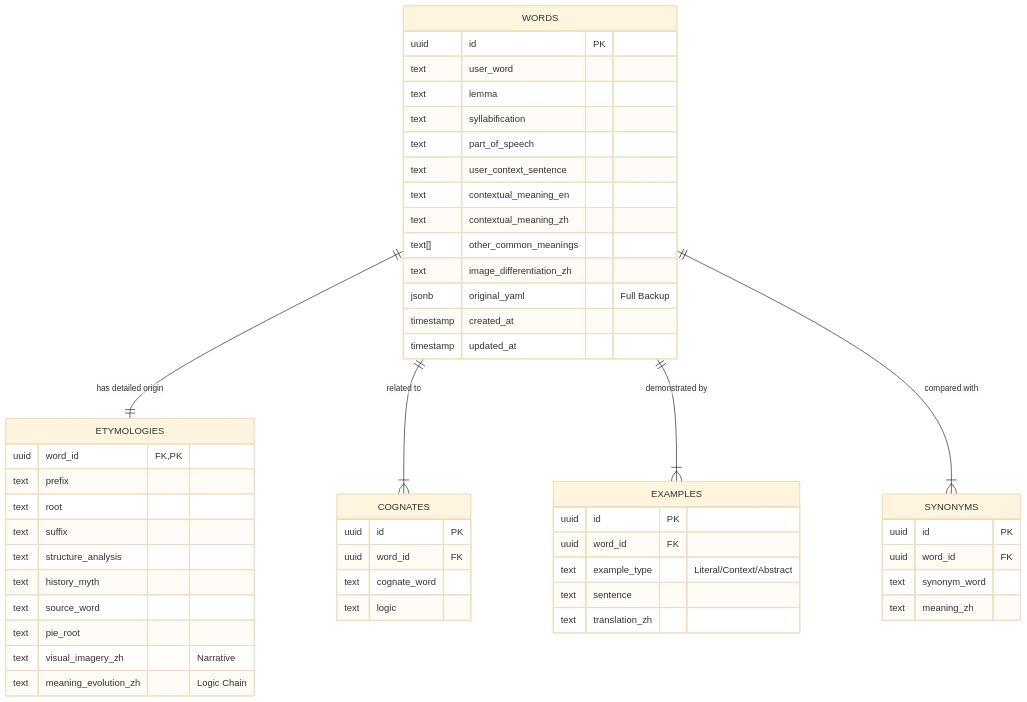
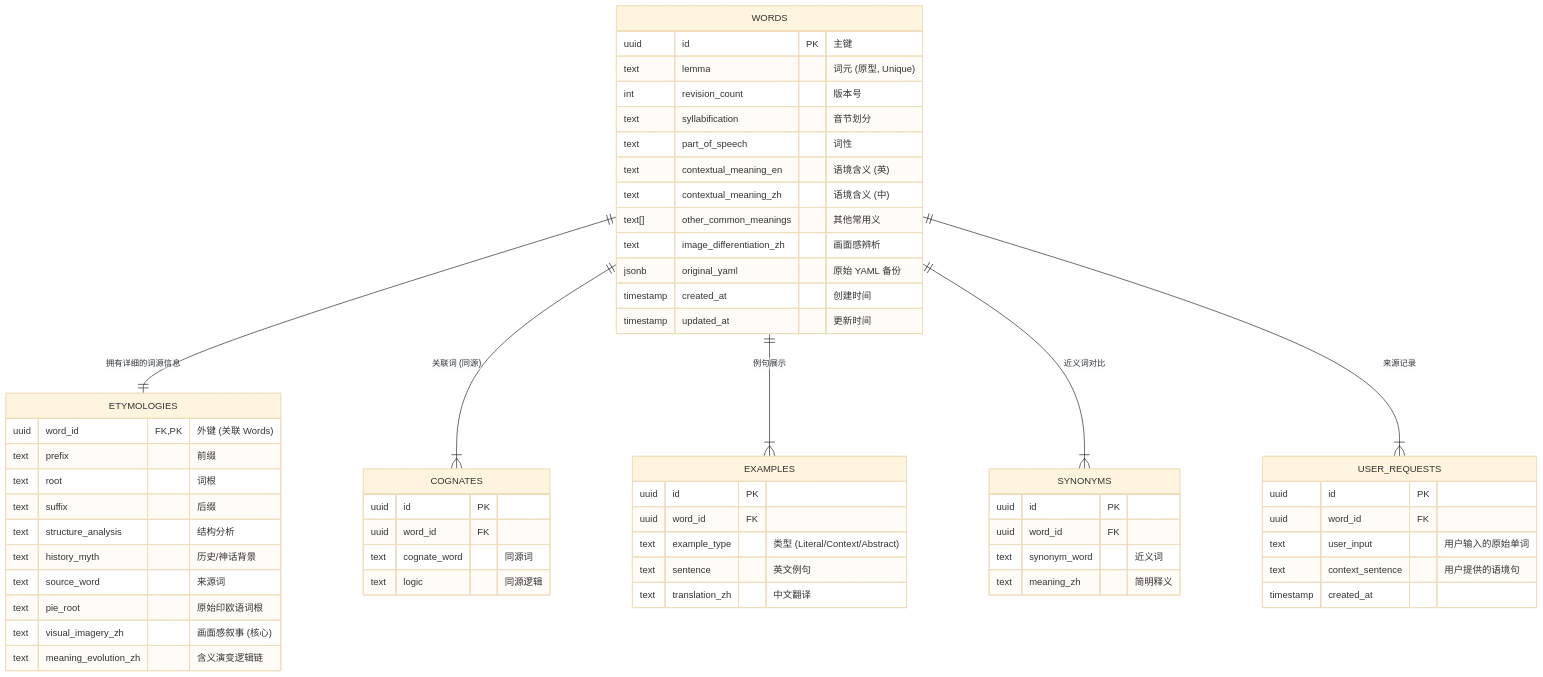
The diagram in tool/yaml2pg/README.md (yelanyanyu/ad-fontes-prompts), drawn with Mermaid (base theme) before and after one commit. The commit also changed other lines of this file and 1 other file, not shown here.

Commit message:
文档更新。

````diff
--- a/tool/yaml2pg/README.md
+++ b/tool/yaml2pg/README.md
@@ -7,58 +31,66 @@
 ```mermaid
 erDiagram
-    WORDS ||--|| ETYMOLOGIES : "has detailed origin"
-    WORDS ||--|{ COGNATES : "related to"
-    WORDS ||--|{ EXAMPLES : "demonstrated by"
-    WORDS ||--|{ SYNONYMS : "compared with"
+    WORDS ||--|| ETYMOLOGIES : "拥有详细的词源信息"
+    WORDS ||--|{ COGNATES : "关联词 (同源)"
+    WORDS ||--|{ EXAMPLES : "例句展示"
+    WORDS ||--|{ SYNONYMS : "近义词对比"
+    WORDS ||--|{ USER_REQUESTS : "来源记录"
 
     WORDS {
+        uuid id PK "主键"
+        text lemma "词元 (原型, Unique)"
+        int revision_count "版本号"
+        text syllabification "音节划分"
+        text part_of_speech "词性"
+        text contextual_meaning_en "语境含义 (英)"
+        text contextual_meaning_zh "语境含义 (中)"
+        text[] other_common_meanings "其他常用义"
+        text image_differentiation_zh "画面感辨析"
+        jsonb original_yaml "原始 YAML 备份"
+        timestamp created_at "创建时间"
+        timestamp updated_at "更新时间"
+    }
+
+    USER_REQUESTS {
         uuid id PK
-        text user_word
-        text lemma
-        text syllabification
-        text part_of_speech
-        text user_context_sentence
-        text contextual_meaning_en
-        text contextual_meaning_zh
-        text[] other_common_meanings
-        text image_differentiation_zh
-        jsonb original_yaml "Full Backup"
+        uuid word_id FK
+        text user_input "用户输入的原始单词"
+        text context_sentence "用户提供的语境句"
         timestamp created_at
-        timestamp updated_at
     }
 
     ETYMOLOGIES {
-        uuid word_id FK, PK
-        text prefix
-        text root
-        text suffix
-        text structure_analysis
-        text history_myth
-        text source_word
-        text pie_root
-        text visual_imagery_zh "Narrative"
-        text meaning_evolution_zh "Logic Chain"
+        uuid word_id FK, PK "外键 (关联 Words)"
+        text prefix "前缀"
+        text root "词根"
+        text suffix "后缀"
+        text structure_analysis "结构分析"
+        text history_myth "历史/神话背景"
+        text source_word "来源词"
+        text pie_root "原始印欧语词根"
+        text visual_imagery_zh "画面感叙事 (核心)"
+        text meaning_evolution_zh "含义演变逻辑链"
     }
 
     COGNATES {
         uuid id PK
         uuid word_id FK
-        text cognate_word
-        text logic
+        text cognate_word "同源词"
+        text logic "同源逻辑"
     }
 
     EXAMPLES {
         uuid id PK
         uuid word_id FK
-        text example_type "Literal/Context/Abstract"
-        text sentence
-        text translation_zh
+        text example_type "类型 (Literal/Context/Abstract)"
+        text sentence "英文例句"
+        text translation_zh "中文翻译"
     }
 
     SYNONYMS {
         uuid id PK
         uuid word_id FK
-        text synonym_word
-        text meaning_zh
+        text synonym_word "近义词"
+        text meaning_zh "简明释义"
     }
 ```
````
